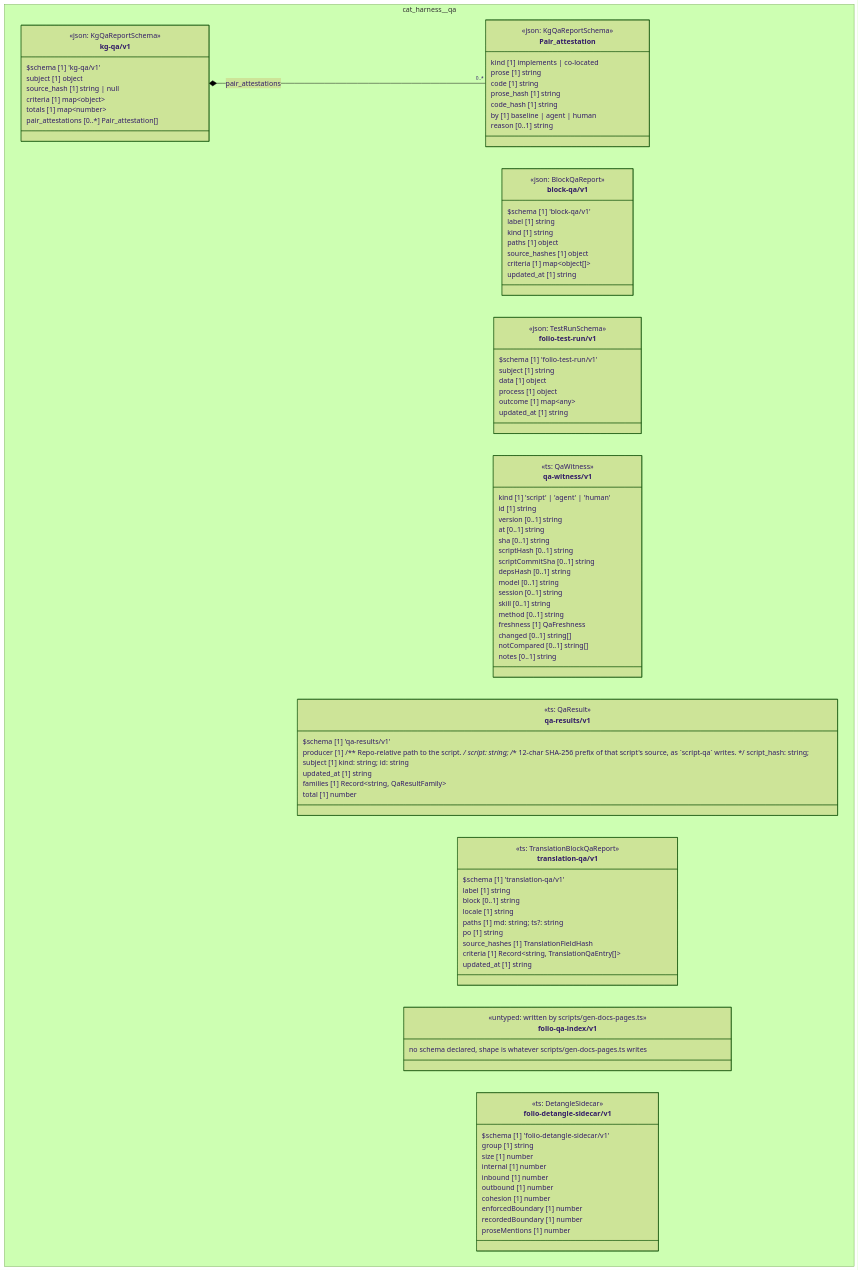
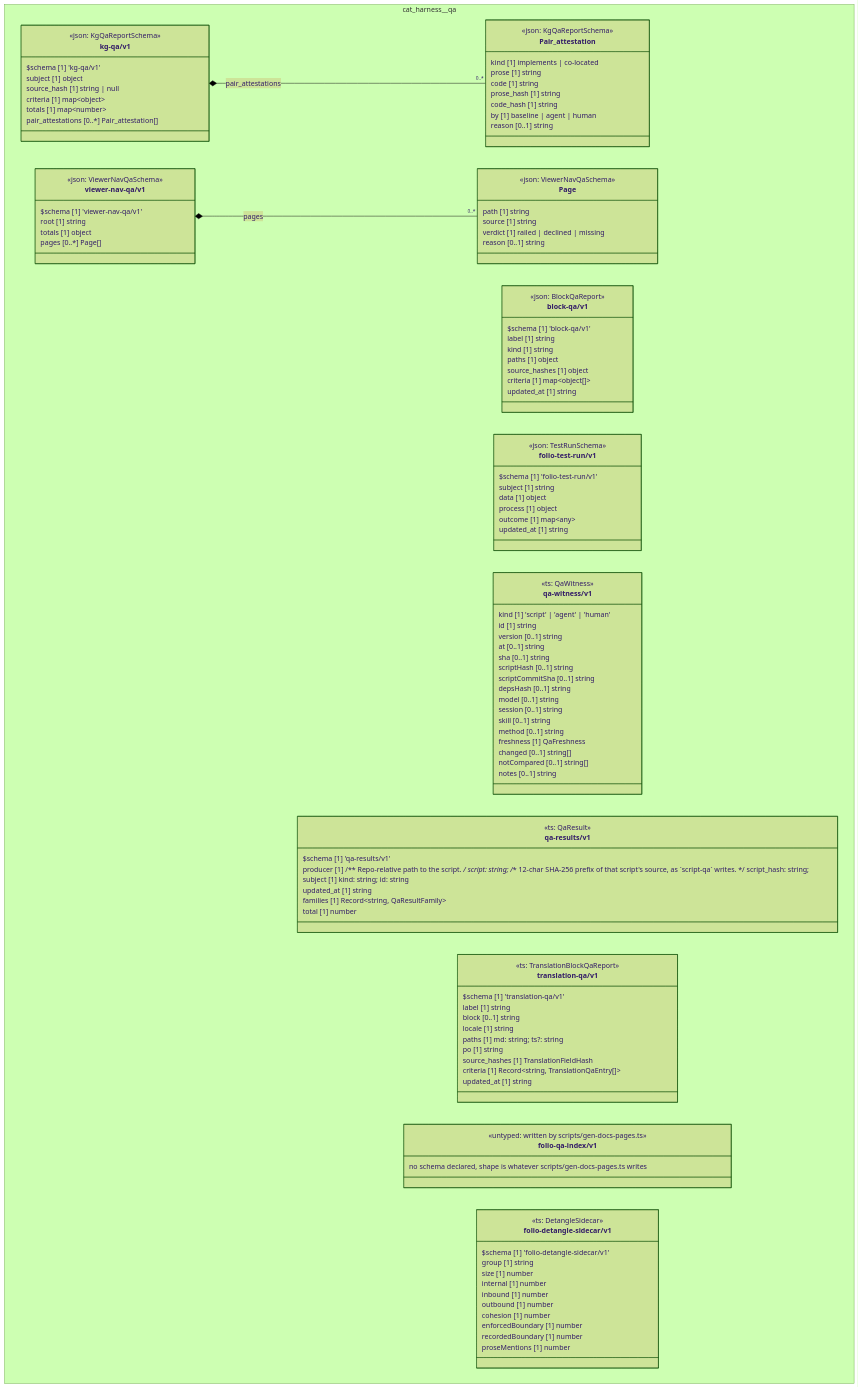
One commit to litlfred/folio-assistant changed the diagram in cat-harness/docs/uml/overview/cat-harness/qa.md. Above: the diagram before and after it, drawn with Mermaid (forest theme). The commit also changed other lines of this file and 56 other files, not shown here.

````diff
--- a/cat-harness/docs/uml/overview/cat-harness/qa.md
+++ b/cat-harness/docs/uml/overview/cat-harness/qa.md
@@ -137,8 +137,23 @@
       recordedBoundary [1] number
       proseMentions [1] number
     }
+    class cat_harness_qa_viewer_nav_qa_v1_Page["Page"] {
+      <<json: ViewerNavQaSchema>>
+      path [1] string
+      source [1] string
+      verdict [1] railed | declined | missing
+      reason [0..1] string
+    }
+    class cat_harness_qa_viewer_nav_qa_v1_viewer_nav_qa_v1["viewer-nav-qa/v1"] {
+      <<json: ViewerNavQaSchema>>
+      $schema [1] 'viewer-nav-qa/v1'
+      root [1] string
+      totals [1] object
+      pages [0..*] Page[]
+    }
   }
   cat_harness_qa_kg_qa_v1_kg_qa_v1 *-- "0..*" cat_harness_qa_kg_qa_v1_Pair_attestation : pair_attestations
+  cat_harness_qa_viewer_nav_qa_v1_viewer_nav_qa_v1 *-- "0..*" cat_harness_qa_viewer_nav_qa_v1_Page : pages
   cssClass "cat_harness_qa_kg_qa_v1_Pair_attestation" fa_uml_kind_qa
   cssClass "cat_harness_qa_kg_qa_v1_kg_qa_v1" fa_uml_kind_qa
   cssClass "cat_harness_qa_block_qa_v1_block_qa_v1" fa_uml_kind_qa
@@ -148,4 +163,6 @@
   cssClass "cat_harness_qa_translation_qa_v1" fa_uml_kind_qa
   cssClass "cat_harness_qa_folio_qa_index_v1" fa_uml_kind_qa
   cssClass "cat_harness_qa_folio_detangle_sidecar_v1" fa_uml_kind_qa
+  cssClass "cat_harness_qa_viewer_nav_qa_v1_Page" fa_uml_kind_qa
+  cssClass "cat_harness_qa_viewer_nav_qa_v1_viewer_nav_qa_v1" fa_uml_kind_qa
 ```
````
